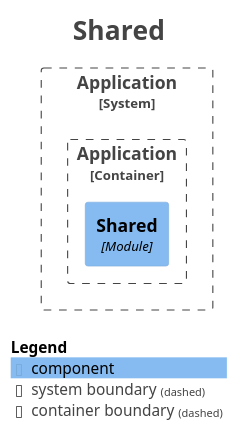
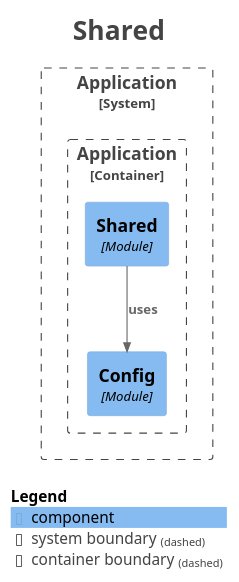
Before and after one commit to migangdelzar/insurance-quotes-service: the diagram in docs/architecture/modules/module-shared.puml, drawn with PlantUML. The commit also changed 21 other files, not shown here.

```diff
--- a/docs/architecture/modules/module-shared.puml
+++ b/docs/architecture/modules/module-shared.puml
@@ -1,27 +1,30 @@
 @startuml
 title <size:24>Shared</size>
 
 set separator none
 top to bottom direction
 
 <style>
   root {
     BackgroundColor: #ffffff
     FontColor: #444444
   }
 </style>
 
 !include <C4/C4>
 !include <C4/C4_Context>
 !include <C4/C4_Component>
 
 System_Boundary("Application_boundary", "Application", $tags="") {
   Container_Boundary("Application.Application_boundary", "Application", $tags="") {
+    Component(Application.Application.Config, "Config", $techn="Module", $descr="", $tags="", $link="")
     Component(Application.Application.Shared, "Shared", $techn="Module", $descr="", $tags="", $link="")
   }
 
 }
 
+Rel(Application.Application.Shared, Application.Application.Config, "uses", $techn="", $tags="", $link="")
+
 SHOW_LEGEND(true)
 hide stereotypes
 @enduml
```
